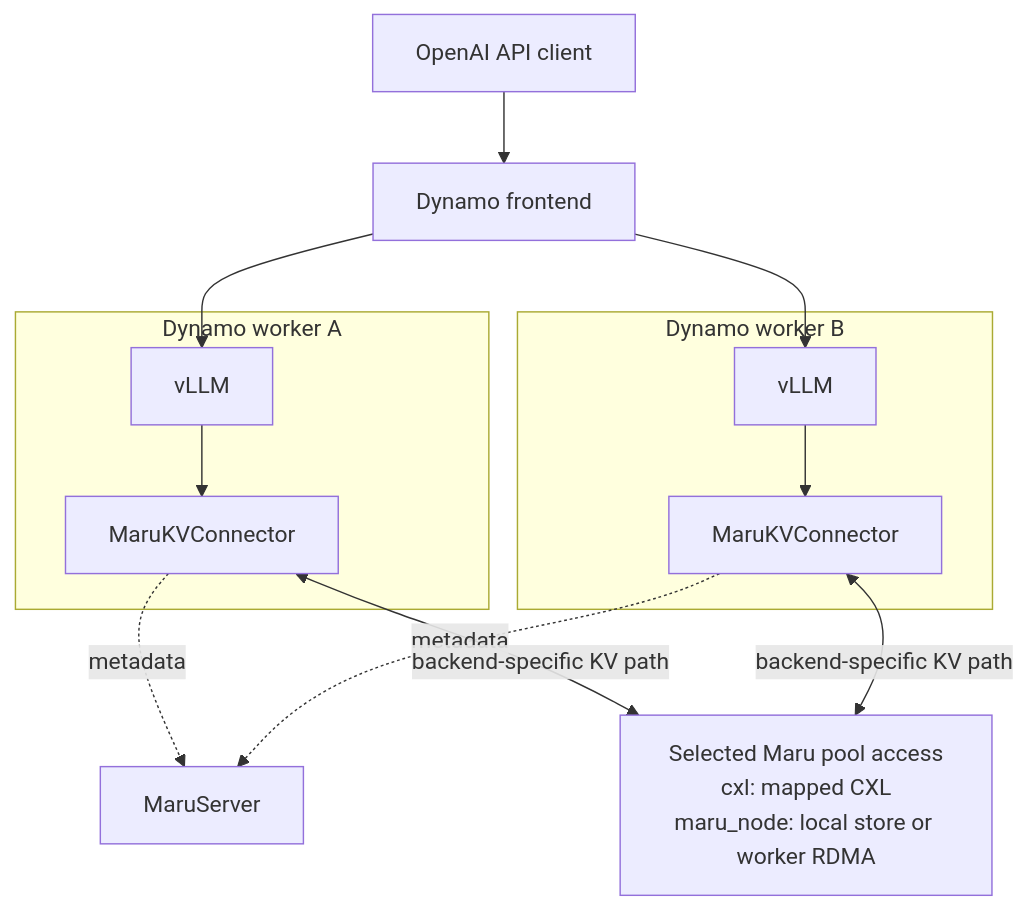
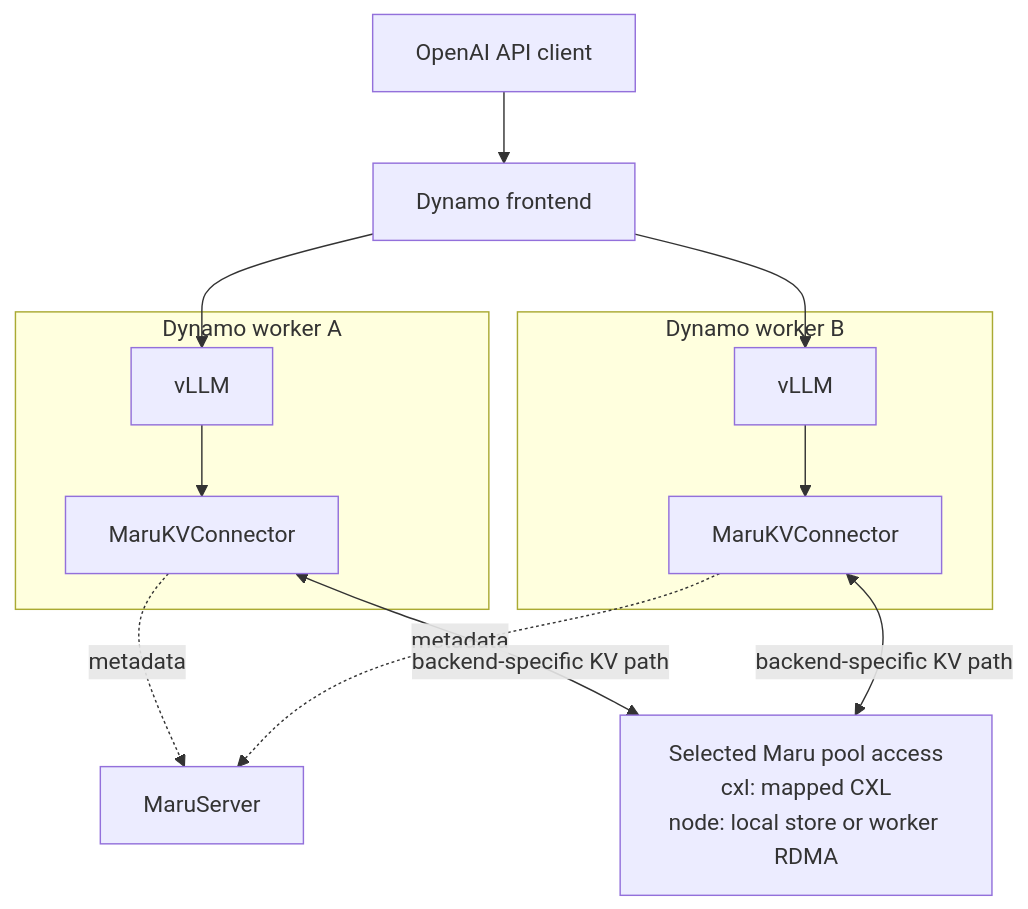
The diagram in docs/source/integration/dynamo.md (xcena-dev/maru), drawn with Mermaid before and after one commit. The commit also changed other lines of this file and 38 other files, not shown here.

First line of the commit message:
docs: reorganize the guides around the cxl and node backends

````diff
--- a/docs/source/integration/dynamo.md
+++ b/docs/source/integration/dynamo.md
@@ -9,13 +9,13 @@
 ```mermaid
 flowchart TB
     Client["OpenAI API client"] --> FE["Dynamo frontend"]
     subgraph W0["Dynamo worker A"]
         V0["vLLM"] --> C0["MaruKVConnector"]
     end
     subgraph W1["Dynamo worker B"]
         V1["vLLM"] --> C1["MaruKVConnector"]
     end
     FE --> V0 & V1
     C0 & C1 -.->|"metadata"| MS["MaruServer"]
-    C0 & C1 <-->|"backend-specific KV path"| Pool["Selected Maru pool access<br/>cxl: mapped CXL<br/>maru_node: local store or worker RDMA"]
+    C0 & C1 <-->|"backend-specific KV path"| Pool["Selected Maru pool access<br/>cxl: mapped CXL<br/>node: local store or worker RDMA"]
 ```
````
